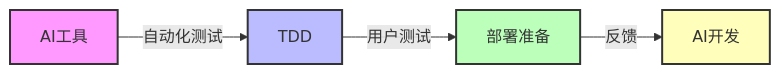
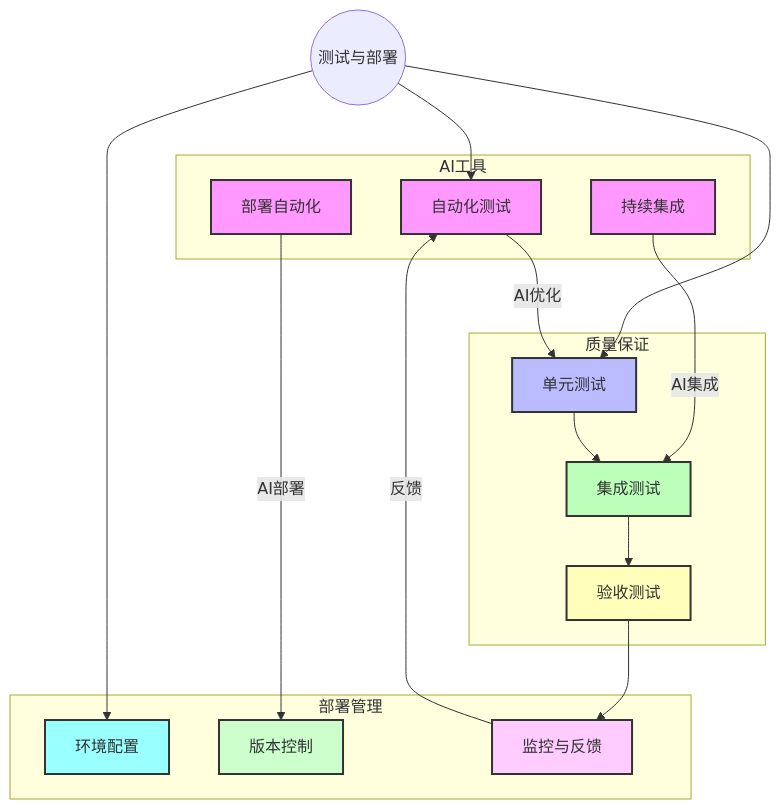
The sixth of 8 diagrams in advanced/前言.md (wutongci/cursor-courses), drawn with Mermaid before and after one commit. The commit also changed other lines of this file, not shown here.

````diff
--- a/advanced/前言.md
+++ b/advanced/前言.md
@@ -205,10 +264,38 @@
 ```mermaid
-graph LR;
-    A[AI工具] -->|自动化测试| B[TDD]
-    B -->|用户测试| C[部署准备]
-    C -->|反馈| D[AI开发]
-    style A fill:#f9f,stroke:#333,stroke-width:2px;
-    style B fill:#bbf,stroke:#333,stroke-width:2px;
-    style C fill:#bfb,stroke:#333,stroke-width:2px;
-    style D fill:#ffb,stroke:#333,stroke-width:2px;
+graph TD;
+    A((测试与部署))
+    subgraph AI工具
+        B[自动化测试]
+        C[持续集成]
+        D[部署自动化]
+    end
+    subgraph 质量保证
+        E[单元测试]
+        F[集成测试]
+        G[验收测试]
+    end
+    subgraph 部署管理
+        H[环境配置]
+        I[版本控制]
+        J[监控与反馈]
+    end
+    A --> B
+    A --> E
+    A --> H
+    B -->|AI优化| E
+    C -->|AI集成| F
+    D -->|AI部署| I
+    E --> F
+    F --> G
+    G --> J
+    J -->|反馈| B
+    style B fill:#f9f,stroke:#333,stroke-width:2px;
+    style C fill:#f9f,stroke:#333,stroke-width:2px;
+    style D fill:#f9f,stroke:#333,stroke-width:2px;
+    style E fill:#bbf,stroke:#333,stroke-width:2px;
+    style F fill:#bfb,stroke:#333,stroke-width:2px;
+    style G fill:#ffb,stroke:#333,stroke-width:2px;
+    style H fill:#9ff,stroke:#333,stroke-width:2px;
+    style I fill:#cfc,stroke:#333,stroke-width:2px;
+    style J fill:#fcf,stroke:#333,stroke-width:2px;
 ```
````
